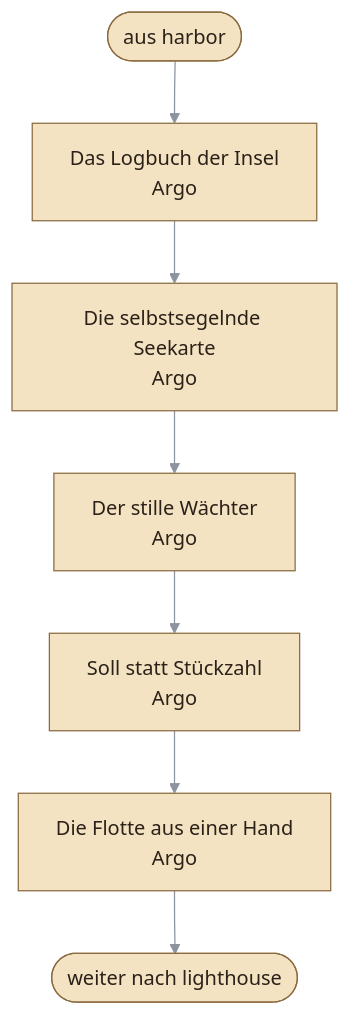
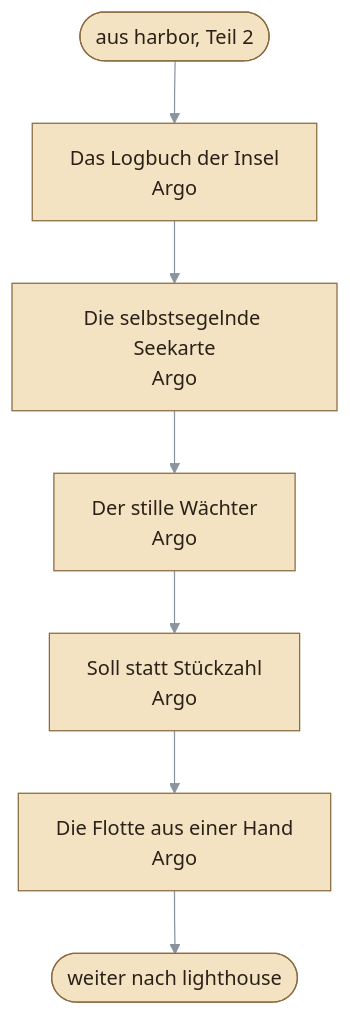
One commit to fluffels/kubernia changed the fourth of 9 diagrams in docs/module/content-questgraph.md. Above: the diagram before and after it, drawn with Mermaid. The commit also changed other lines of this file and 11 other files, not shown here.

First line of the commit message:
fix(docs): Quest-Graph zerlegt große Regionen, Deckel, Lücken in Tests und Trigger-Doku (#1370)

````diff
--- a/docs/module/content-questgraph.md
+++ b/docs/module/content-questgraph.md
@@ -160,27 +183,27 @@
 ```mermaid
 ---
 config:
   theme: base
   look: classic
   layout: dagre
   themeVariables:
     lineColor: "#8b949e"
     primaryColor: "#f3e3c3"
     primaryTextColor: "#2b2118"
     primaryBorderColor: "#8a6a3f"
 ---
 flowchart TB
   q_gitops_argocd_intro["Das Logbuch der Insel<br/>Argo"]
   q_gitops_self_sync["Die selbstsegelnde Seekarte<br/>Argo"]
   q_gitops_drift_detection["Der stille Wächter<br/>Argo"]
   q_gitops_driftheal_minigame["Soll statt Stückzahl<br/>Argo"]
   q_gitops_app_of_apps["Die Flotte aus einer Hand<br/>Argo"]
-  aus_harbor(["aus harbor"])
+  aus_harbor__Teil_2(["aus harbor, Teil 2"])
   nach_lighthouse(["weiter nach lighthouse"])
-  aus_harbor --> q_gitops_argocd_intro
+  aus_harbor__Teil_2 --> q_gitops_argocd_intro
   q_gitops_argocd_intro --> q_gitops_self_sync
   q_gitops_self_sync --> q_gitops_drift_detection
   q_gitops_drift_detection --> q_gitops_driftheal_minigame
   q_gitops_driftheal_minigame --> q_gitops_app_of_apps
   q_gitops_app_of_apps --> nach_lighthouse
 ```
````
